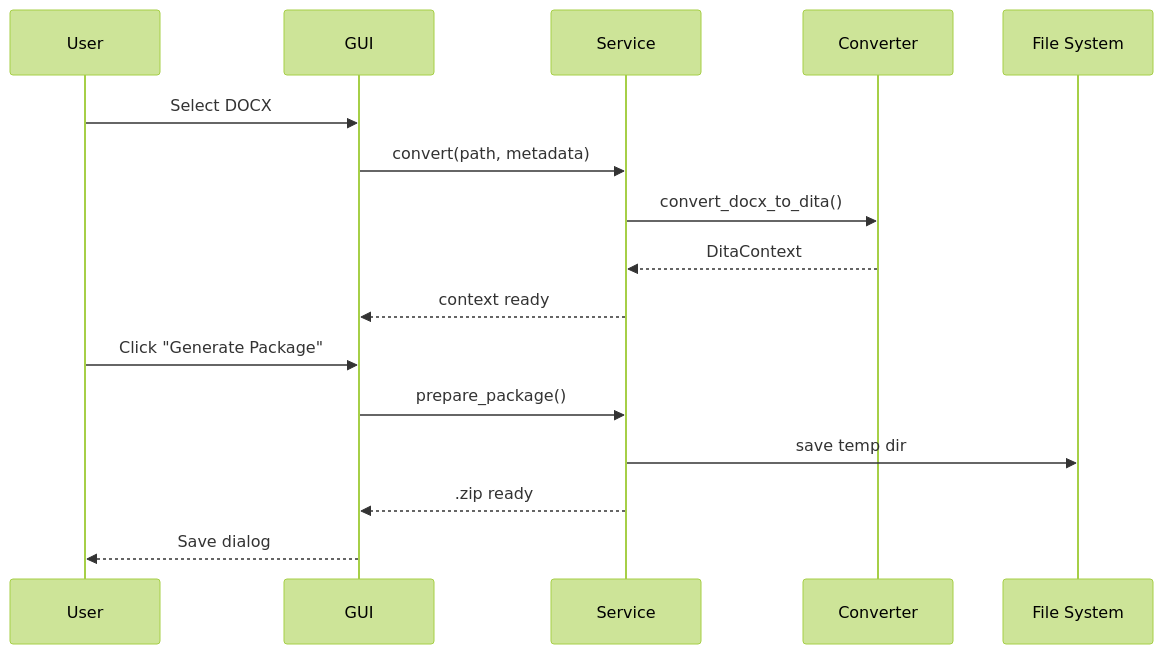
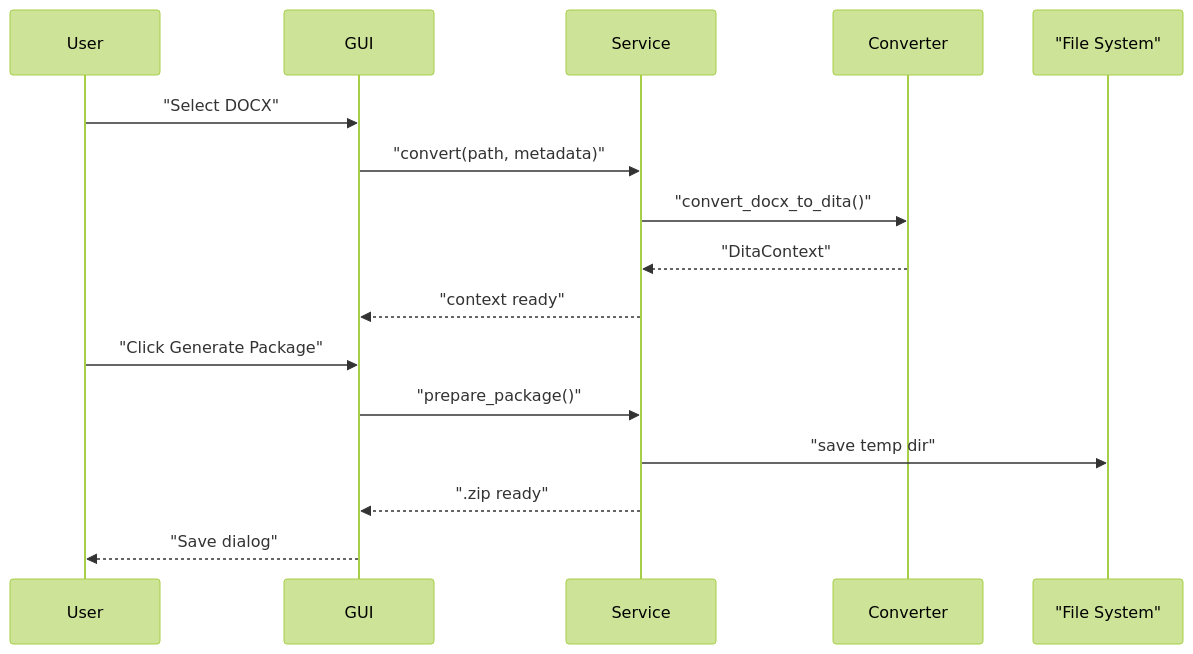
The diagram in docs/runtime_flow.md (Orsso/orlando-toolkit), drawn with Mermaid (forest theme) before and after one commit. The commit also changed 1 other file, not shown here.

Commit message:
docs: Fix mermaid diagram syntax for GitHub rendering

````diff
--- a/docs/runtime_flow.md
+++ b/docs/runtime_flow.md
@@ -3,19 +3,19 @@
 ```mermaid
 sequenceDiagram
     participant User
     participant GUI
     participant Service
     participant Converter
-    participant FS as File System
+    participant FS as "File System"
 
-    User->>GUI: Select DOCX
-    GUI->>Service: convert(path, metadata)
-    Service->>Converter: convert_docx_to_dita()
-    Converter-->>Service: DitaContext
-    Service-->>GUI: context ready
-    User->>GUI: Click "Generate Package"
-    GUI->>Service: prepare_package()
-    Service->>FS: save temp dir
-    Service-->>GUI: .zip ready
-    GUI-->>User: Save dialog
+    User->>GUI: "Select DOCX"
+    GUI->>Service: "convert(path, metadata)"
+    Service->>Converter: "convert_docx_to_dita()"
+    Converter-->>Service: "DitaContext"
+    Service-->>GUI: "context ready"
+    User->>GUI: "Click Generate Package"
+    GUI->>Service: "prepare_package()"
+    Service->>FS: "save temp dir"
+    Service-->>GUI: ".zip ready"
+    GUI-->>User: "Save dialog"
 ```
````
